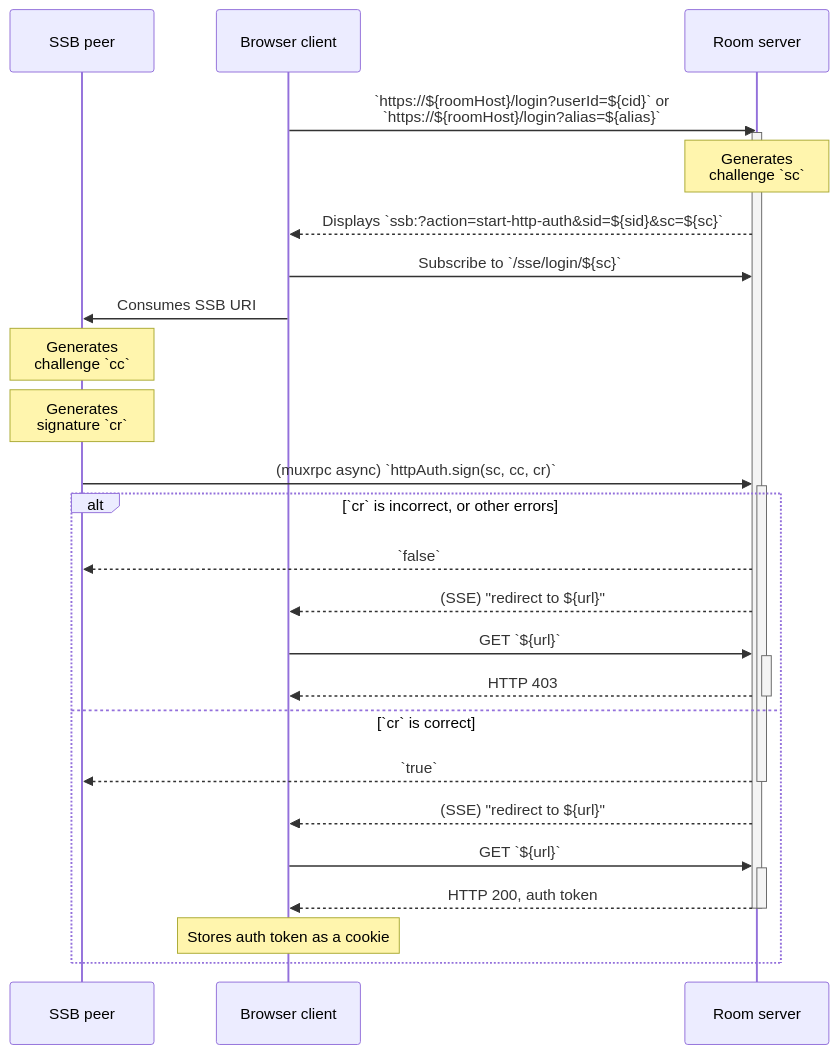
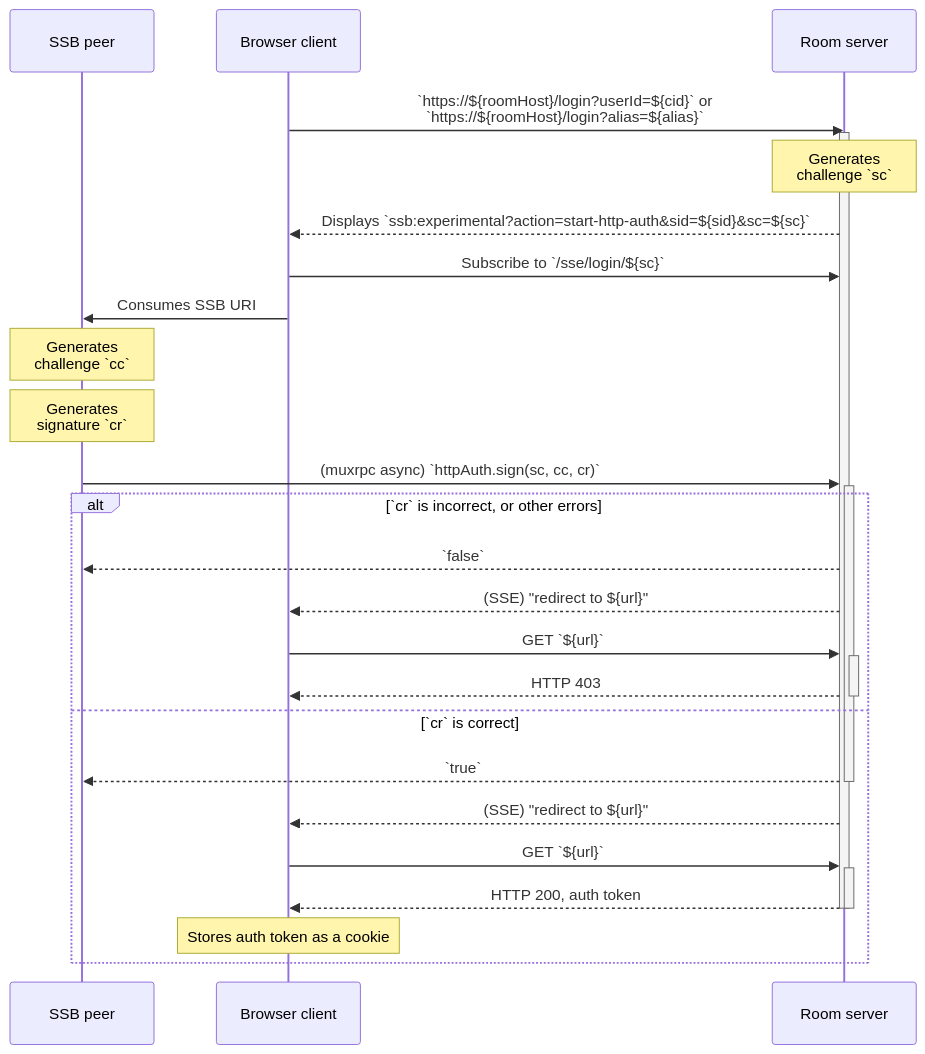
The second of 4 diagrams in docs/Setup/Sign-in with SSB.md (ssbc/rooms2), drawn with Mermaid before and after one commit. The commit also changed 3 other files, not shown here.

Commit message:
use experimental SSB URIs with path component

````diff
--- a/docs/Setup/Sign-in with SSB.md
+++ b/docs/Setup/Sign-in with SSB.md
@@ -66,29 +66,29 @@
 ```mermaid
 sequenceDiagram
   participant Umux as SSB peer
   participant Uweb as Browser client
   participant R as Room server
 
   Uweb->>R: `https://${roomHost}/login?userId=${cid}` or<br/>`https://${roomHost}/login?alias=${alias}`
   activate R
   Note over R: Generates<br/>challenge `sc`
-  R-->>Uweb: Displays `ssb:?action=start-http-auth&sid=${sid}&sc=${sc}`
+  R-->>Uweb: Displays `ssb:experimental?action=start-http-auth&sid=${sid}&sc=${sc}`
   Uweb->>R: Subscribe to `/sse/login/${sc}`
   Uweb->>Umux: Consumes SSB URI
   Note over Umux: Generates<br/>challenge `cc`
   Note over Umux: Generates<br/>signature `cr`
   Umux->>+R: (muxrpc async) `httpAuth.sign(sc, cc, cr)`
   alt `cr` is incorrect, or other errors
     R-->>Umux: `false`
     R-->>Uweb: (SSE) "redirect to ${url}"
     Uweb->>+R: GET `${url}`
     R-->>-Uweb: HTTP 403
   else `cr` is correct
     R-->>-Umux: `true`
     R-->>Uweb: (SSE) "redirect to ${url}"
     Uweb->>+R: GET `${url}`
     R-->>-Uweb: HTTP 200, auth token
     deactivate R
     Note over Uweb: Stores auth token as a cookie
   end
 ```
````
